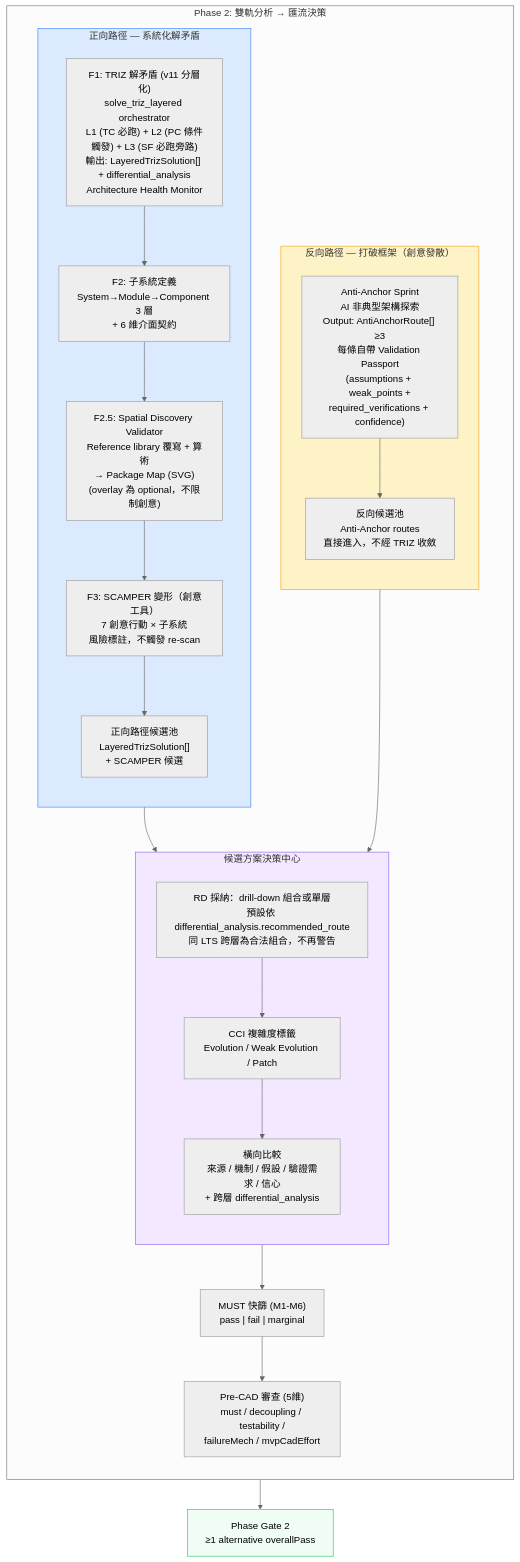
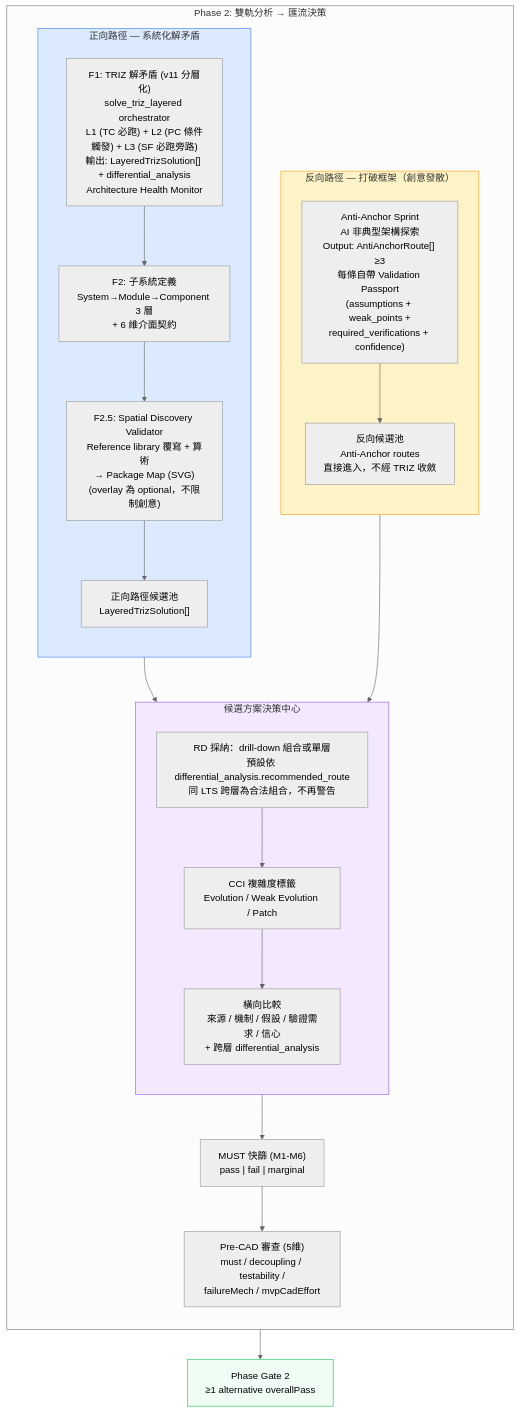
The first of 3 diagrams in docs/01-define/diagrams/appendix-e--triz-scamper-flow.md (Zenobia0000/RD_copilot_system), drawn with Mermaid before and after one commit. The commit also changed other lines of this file and 77 other files, not shown here.

First line of the commit message:
refactor: SCAMPER 移除 — 7 動作為 TRIZ 40 原理子集 (v9)

````diff
--- a/docs/01-define/diagrams/appendix-e--triz-scamper-flow.md
+++ b/docs/01-define/diagrams/appendix-e--triz-scamper-flow.md
@@ -46,47 +47,46 @@
 ```mermaid
 %%{init: {'theme': 'neutral'}}%%
 flowchart TB
     subgraph Phase2["Phase 2: 雙軌分析 → 匯流決策"]
         direction TB
 
         subgraph REVERSE["反向路徑 — 打破框架（創意發散）"]
             direction TB
             R1["Anti-Anchor Sprint<br/>AI 非典型架構探索<br/>Output: AntiAnchorRoute[] ≥3<br/>每條自帶 Validation Passport<br/>(assumptions + weak_points +<br/>required_verifications + confidence)"]
             RP["反向候選池<br/>Anti-Anchor routes<br/>直接進入，不經 TRIZ 收斂"]
             R1 --> RP
         end
 
         subgraph FORWARD["正向路徑 — 系統化解矛盾"]
             direction TB
             F1["F1: TRIZ 解矛盾 (v11 分層化)<br/>solve_triz_layered orchestrator<br/>L1 (TC 必跑) + L2 (PC 條件觸發) + L3 (SF 必跑旁路)<br/>輸出: LayeredTrizSolution[] + differential_analysis<br/>Architecture Health Monitor"]
             F2["F2: 子系統定義<br/>System→Module→Component 3 層<br/>+ 6 維介面契約"]
             F2S["F2.5: Spatial Discovery Validator<br/>Reference library 覆寫 + 算術<br/>→ Package Map (SVG)<br/>(overlay 為 optional，不限制創意)"]
-            F3["F3: SCAMPER 變形（創意工具）<br/>7 創意行動 × 子系統<br/>風險標註，不觸發 re-scan"]
-            FP["正向路徑候選池<br/>LayeredTrizSolution[]<br/>+ SCAMPER 候選"]
-            F1 --> F2 --> F2S --> F3 --> FP
+            FP["正向路徑候選池<br/>LayeredTrizSolution[]"]
+            F1 --> F2 --> F2S --> FP
         end
 
         subgraph HUB["候選方案決策中心"]
             direction TB
             SELECT["RD 採納：drill-down 組合或單層<br/>預設依 differential_analysis.recommended_route<br/>同 LTS 跨層為合法組合，不再警告"]
             CCI_CHECK["CCI 複雜度標籤<br/>Evolution / Weak Evolution / Patch"]
             COMPARE["橫向比較<br/>來源 / 機制 / 假設 / 驗證需求 / 信心<br/>+ 跨層 differential_analysis"]
             SELECT --> CCI_CHECK --> COMPARE
         end
 
         RP --> SELECT
         FP --> SELECT
 
         MUST["MUST 快篩 (M1-M6)<br/>pass | fail | marginal"]
         PRECAD["Pre-CAD 審查 (5維)<br/>must / decoupling / testability /<br/>failureMech / mvpCadEffort"]
         COMPARE --> MUST --> PRECAD
     end
 
     GATE["Phase Gate 2<br/>≥1 alternative overallPass"]
     PRECAD --> GATE
 
     style REVERSE fill:#FEF3C7,stroke:#F59E0B
     style FORWARD fill:#DBEAFE,stroke:#3B82F6
     style HUB fill:#F3E8FF,stroke:#8B5CF6
     style GATE fill:#F0FDF4,stroke:#22C55E
 ```
````
